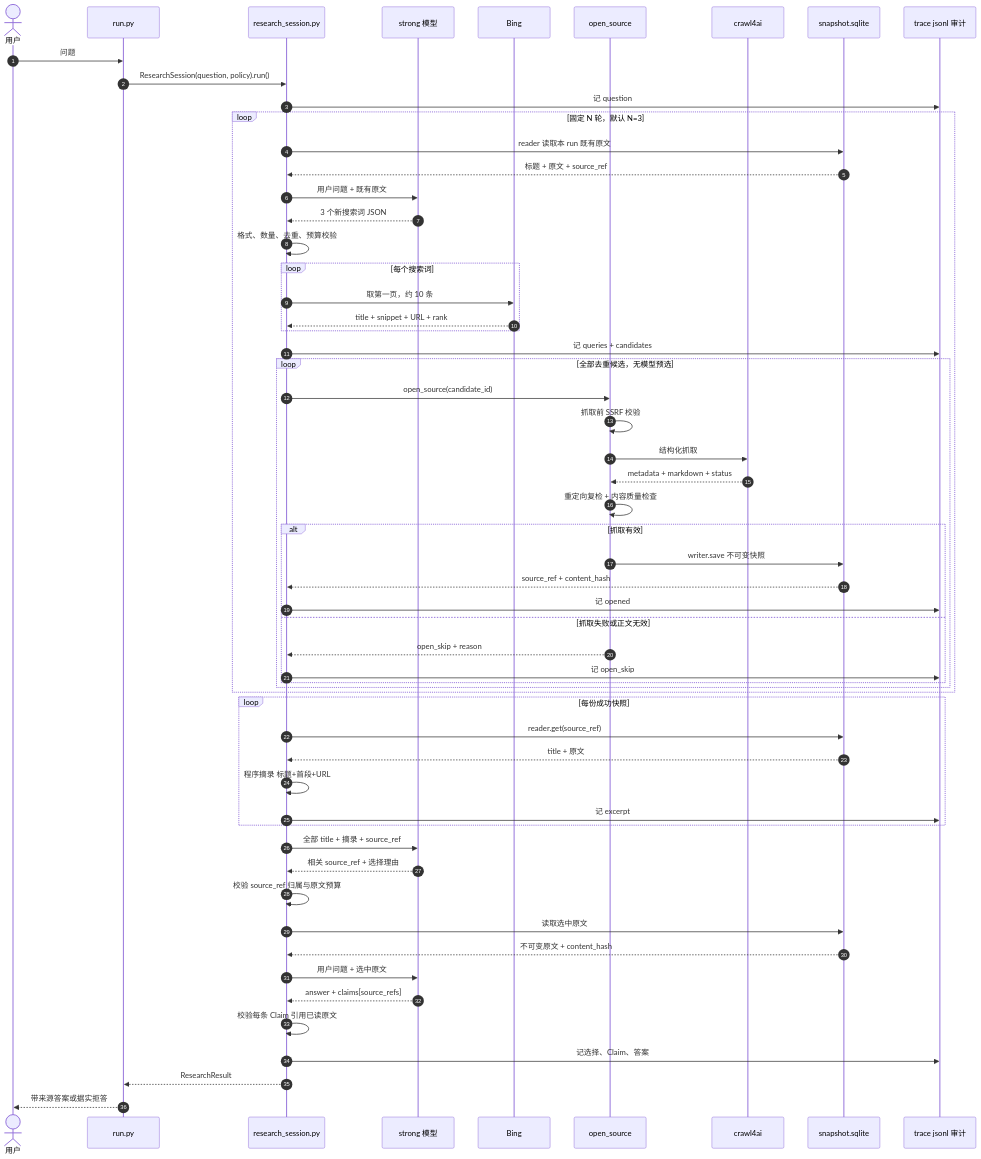
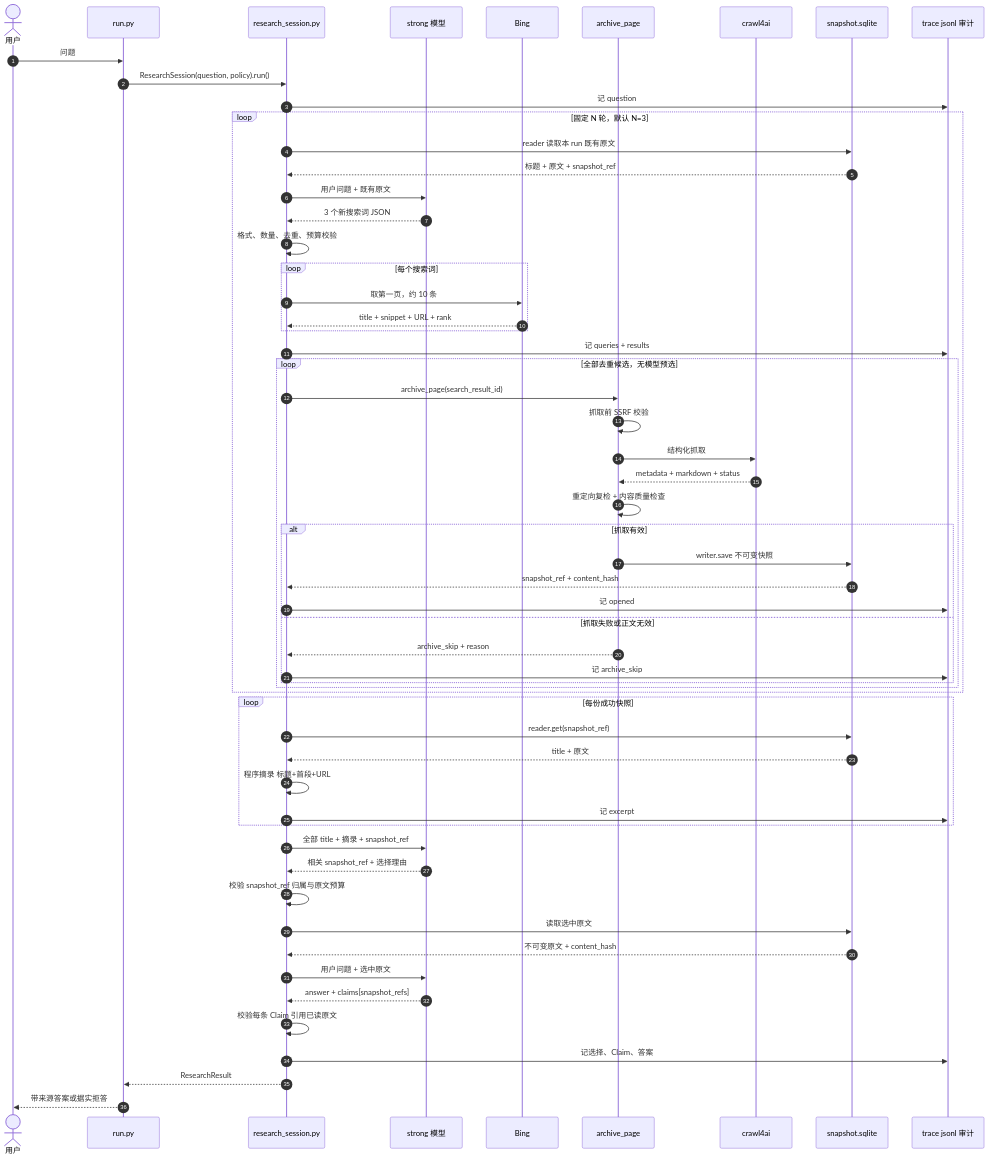
Before and after one commit to SuperCatQR/traceable-research-runtime: the fourth of 4 diagrams in docs/web-search-architecture.md, drawn with Mermaid. The commit also changed other lines of this file, not shown here.

First line of the commit message:
docs(web-search): 命名见名知意重写

````diff
--- a/docs/web-search-architecture.md
+++ b/docs/web-search-architecture.md
@@ -224,61 +224,61 @@
 ```mermaid
 sequenceDiagram
     autonumber
     actor U as 用户
     participant R as run.py
     participant X as research_session.py
     participant S as strong 模型
     participant B as Bing
-    participant O as open_source
+    participant O as archive_page
     participant C as crawl4ai
     participant P as snapshot.sqlite
     participant A as trace jsonl 审计
 
     U->>R: 问题
     R->>X: ResearchSession(question, policy).run()
     X->>A: 记 question
     loop 固定 N 轮，默认 N=3
         X->>P: reader 读取本 run 既有原文
-        P-->>X: 标题 + 原文 + source_ref
+        P-->>X: 标题 + 原文 + snapshot_ref
         X->>S: 用户问题 + 既有原文
         S-->>X: 3 个新搜索词 JSON
         X->>X: 格式、数量、去重、预算校验
         loop 每个搜索词
             X->>B: 取第一页，约 10 条
             B-->>X: title + snippet + URL + rank
         end
-        X->>A: 记 queries + candidates
+        X->>A: 记 queries + results
         loop 全部去重候选，无模型预选
-            X->>O: open_source(candidate_id)
+            X->>O: archive_page(search_result_id)
             O->>O: 抓取前 SSRF 校验
             O->>C: 结构化抓取
             C-->>O: metadata + markdown + status
             O->>O: 重定向复检 + 内容质量检查
             alt 抓取有效
                 O->>P: writer.save 不可变快照
-                P-->>X: source_ref + content_hash
+                P-->>X: snapshot_ref + content_hash
                 X->>A: 记 opened
             else 抓取失败或正文无效
-                O-->>X: open_skip + reason
-                X->>A: 记 open_skip
+                O-->>X: archive_skip + reason
+                X->>A: 记 archive_skip
             end
         end
     end
     loop 每份成功快照
-        X->>P: reader.get(source_ref)
+        X->>P: reader.get(snapshot_ref)
         P-->>X: title + 原文
         X->>X: 程序摘录 标题+首段+URL
         X->>A: 记 excerpt
     end
-    X->>S: 全部 title + 摘录 + source_ref
-    S-->>X: 相关 source_ref + 选择理由
-    X->>X: 校验 source_ref 归属与原文预算
+    X->>S: 全部 title + 摘录 + snapshot_ref
+    S-->>X: 相关 snapshot_ref + 选择理由
+    X->>X: 校验 snapshot_ref 归属与原文预算
     X->>P: 读取选中原文
     P-->>X: 不可变原文 + content_hash
     X->>S: 用户问题 + 选中原文
-    S-->>X: answer + claims[source_refs]
+    S-->>X: answer + claims[snapshot_refs]
     X->>X: 校验每条 Claim 引用已读原文
     X->>A: 记选择、Claim、答案
     X-->>R: ResearchResult
     R-->>U: 带来源答案或据实拒答
 ```
````
